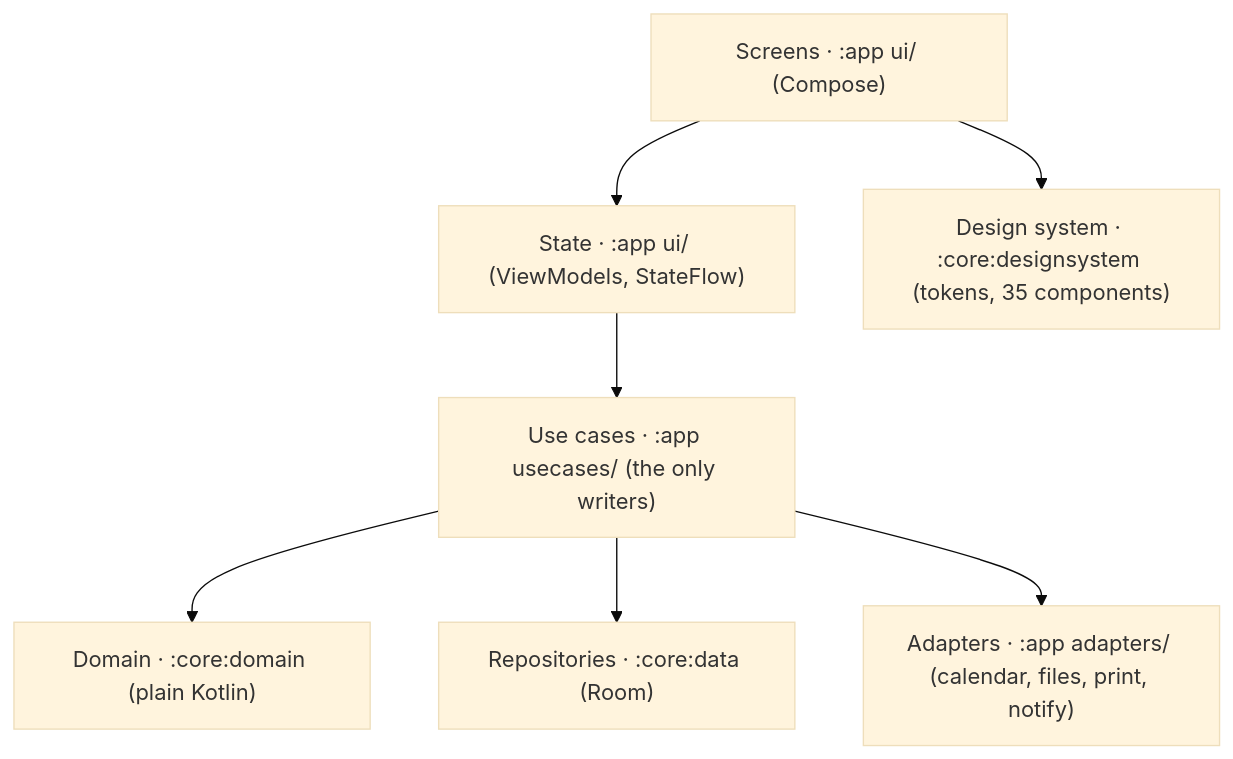
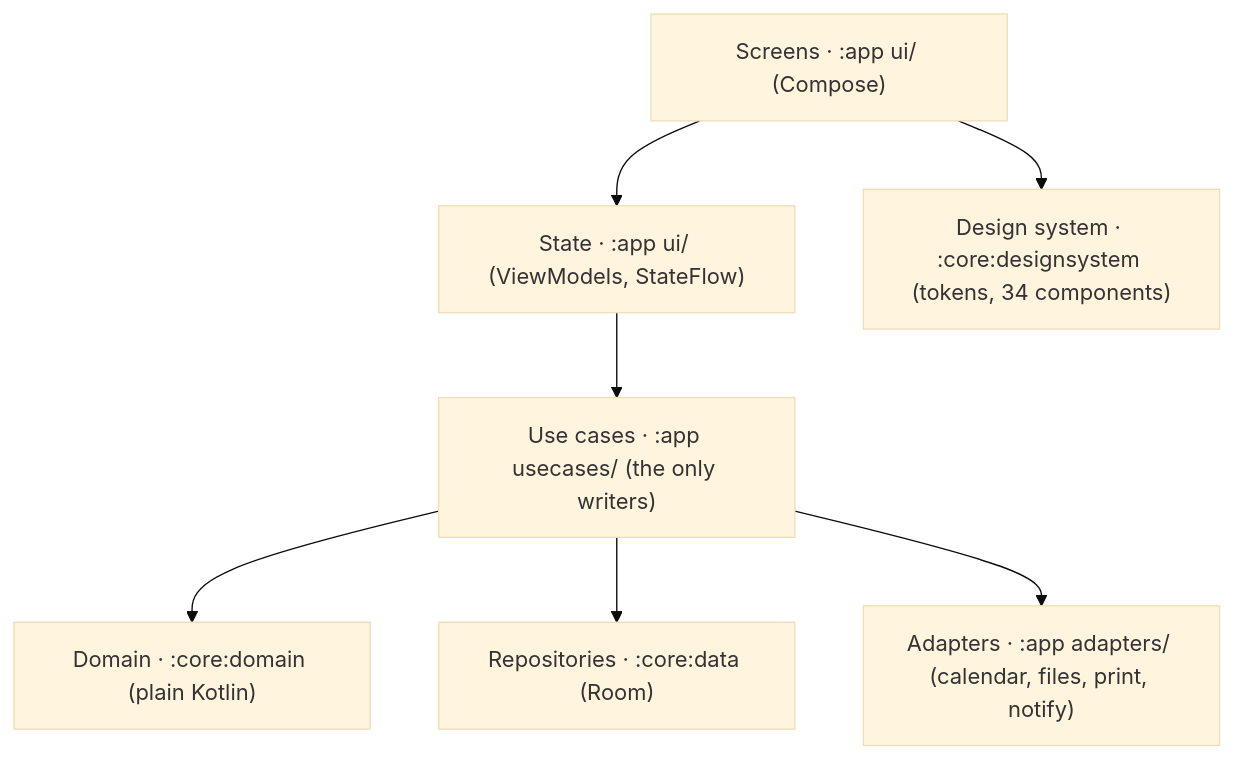
The diagram in docs/architecture.md (vmleroy/tutora-classbook), drawn with Mermaid (base theme) before and after one commit. The commit also changed 31 other files, not shown here.

````diff
--- a/docs/architecture.md
+++ b/docs/architecture.md
@@ -41,9 +41,9 @@
 ```mermaid
 flowchart TD
     S["Screens · :app ui/ (Compose)"] --> ST["State · :app ui/ (ViewModels, StateFlow)"]
     ST --> U["Use cases · :app usecases/ (the only writers)"]
     U --> D["Domain · :core:domain (plain Kotlin)"]
     U --> R["Repositories · :core:data (Room)"]
     U --> A["Adapters · :app adapters/ (calendar, files, print, notify)"]
-    S --> UI["Design system · :core:designsystem (tokens, 35 components)"]
+    S --> UI["Design system · :core:designsystem (tokens, 34 components)"]
 ```
````
